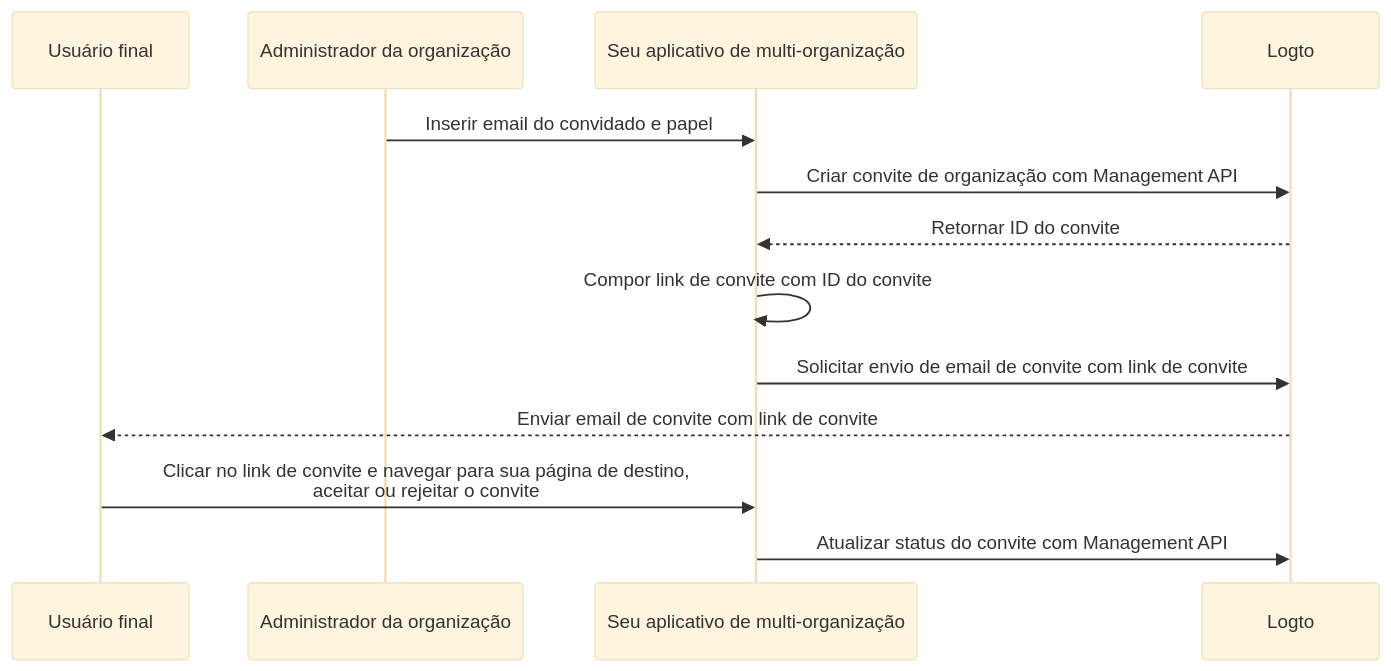
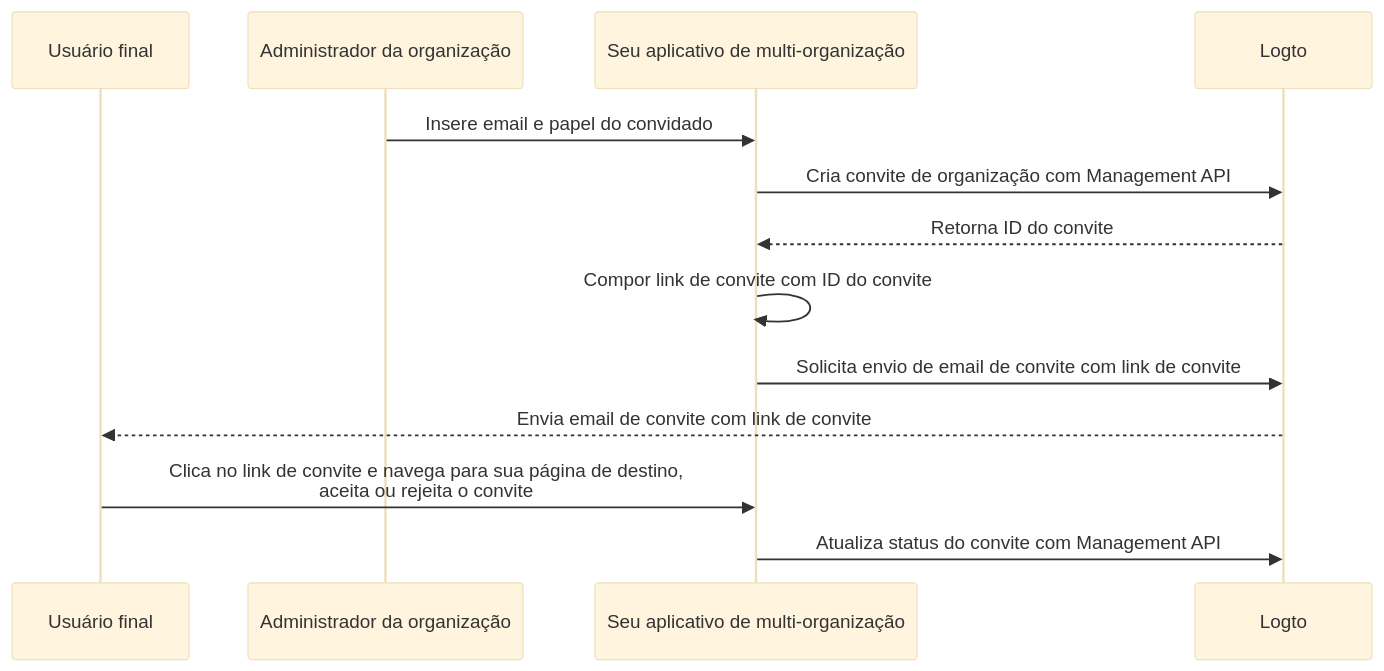
The diagram in i18n/pt-BR/docusaurus-plugin-content-docs/current/end-user-flows/organization-experience/invite-organization-members.mdx (logto-io/docs), drawn with Mermaid (base theme) before and after one commit. The commit also changed other lines of this file and 234 other files, not shown here.

````diff
--- a/i18n/pt-BR/docusaurus-plugin-content-docs/current/end-user-flows/organization-experience/invite-organization-members.mdx
+++ b/i18n/pt-BR/docusaurus-plugin-content-docs/current/end-user-flows/organization-experience/invite-organization-members.mdx
@@ -13,16 +13,16 @@
 ```mermaid
 sequenceDiagram
 	Participant U as Usuário final
   Participant A as Administrador da organização
   Participant C as Seu aplicativo de multi-organização
 	Participant L as Logto
 
-  A ->> C: Inserir email do convidado e papel
-  C ->> L: Criar convite de organização com Management API
-  L -->> C: Retornar ID do convite
+  A ->> C: Insere email e papel do convidado
+  C ->> L: Cria convite de organização com Management API
+  L -->> C: Retorna ID do convite
   C ->> C: Compor link de convite com ID do convite
-  C ->> L: Solicitar envio de email de convite com link de convite
-  L -->> U: Enviar email de convite com link de convite
-  U ->> C: Clicar no link de convite e navegar para sua página de destino,<br /> aceitar ou rejeitar o convite
-  C ->> L: Atualizar status do convite com Management API
+  C ->> L: Solicita envio de email de convite com link de convite
+  L -->> U: Envia email de convite com link de convite
+  U ->> C: Clica no link de convite e navega para sua página de destino,<br /> aceita ou rejeita o convite
+  C ->> L: Atualiza status do convite com Management API
 ```
````
